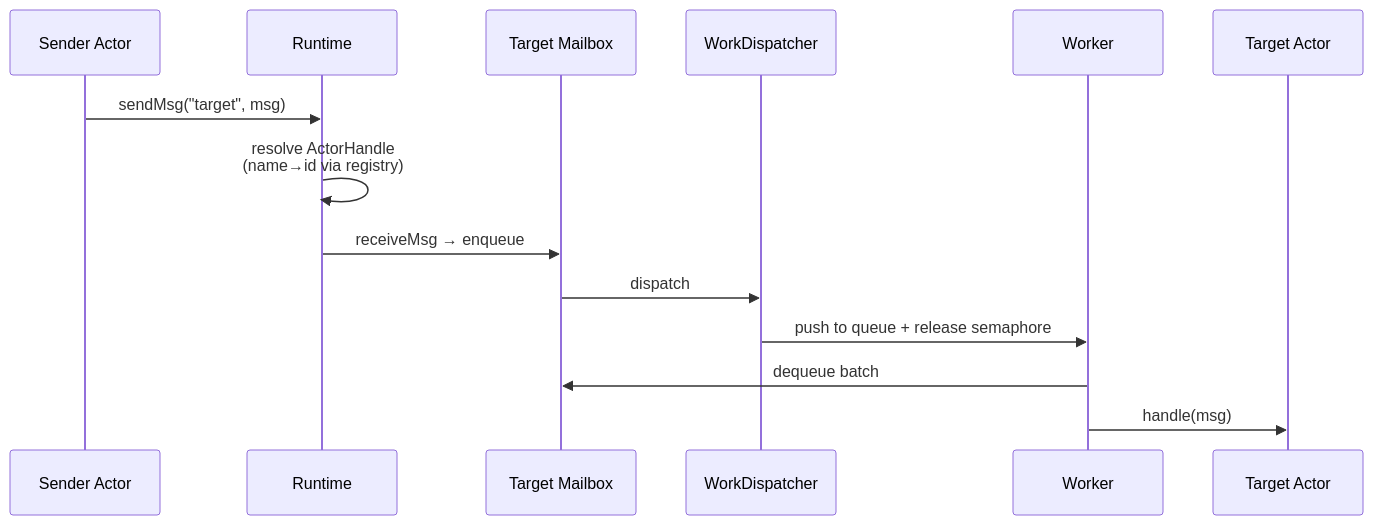
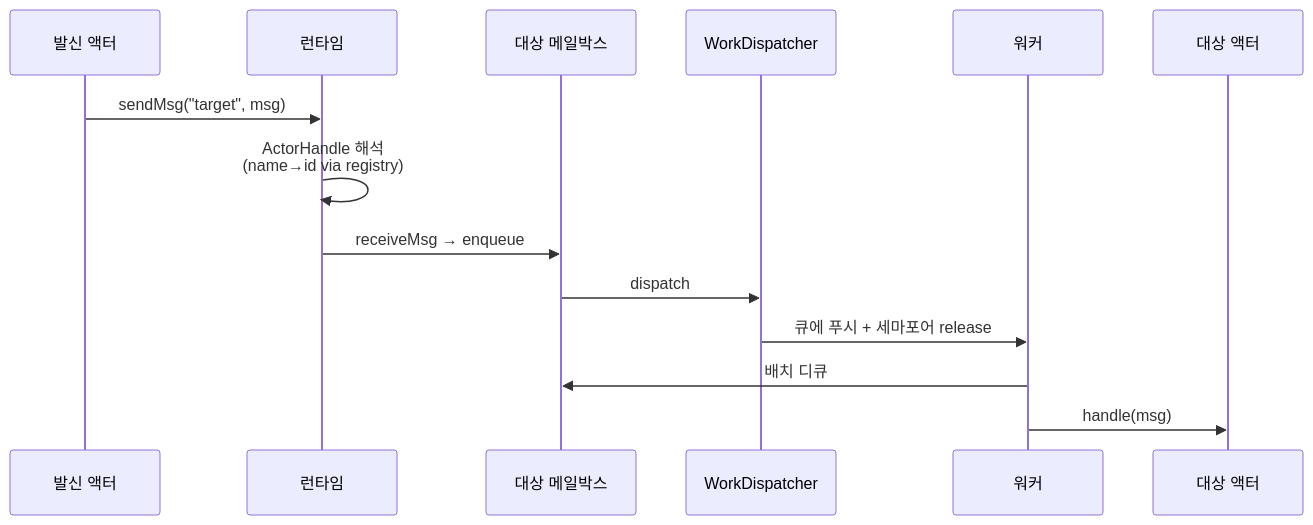
One commit to shoenkh15324/V2-Engine changed the second of 9 diagrams in README.md. Above: the diagram before and after it, drawn with Mermaid. The commit also changed other lines of this file and 5 other files, not shown here.

````diff
--- a/README.md
+++ b/README.md
@@ -113,17 +113,17 @@
 ```mermaid
 sequenceDiagram
-    participant S as Sender Actor
-    participant RT as Runtime
-    participant MB as Target Mailbox
+    participant S as 발신 액터
+    participant RT as 런타임
+    participant MB as 대상 메일박스
     participant WD as WorkDispatcher
-    participant W as Worker
-    participant T as Target Actor
+    participant W as 워커
+    participant T as 대상 액터
 
     S->>RT: sendMsg("target", msg)
-    RT->>RT: resolve ActorHandle<br/>(name→id via registry)
+    RT->>RT: ActorHandle 해석<br/>(name→id via registry)
     RT->>MB: receiveMsg → enqueue
     MB->>WD: dispatch
-    WD->>W: push to queue + release semaphore
-    W->>MB: dequeue batch
+    WD->>W: 큐에 푸시 + 세마포어 release
+    W->>MB: 배치 디큐
     W->>T: handle(msg)
 ```
````
